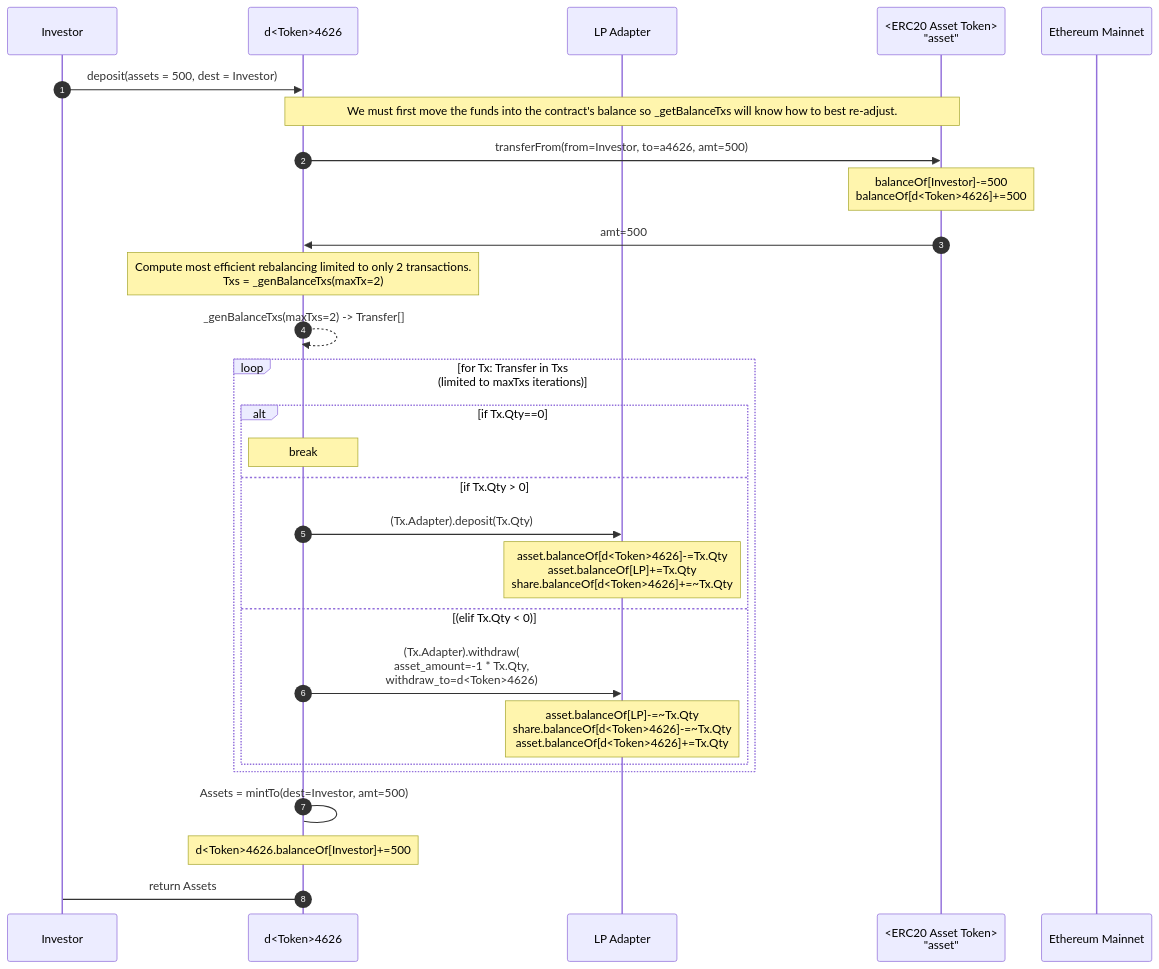
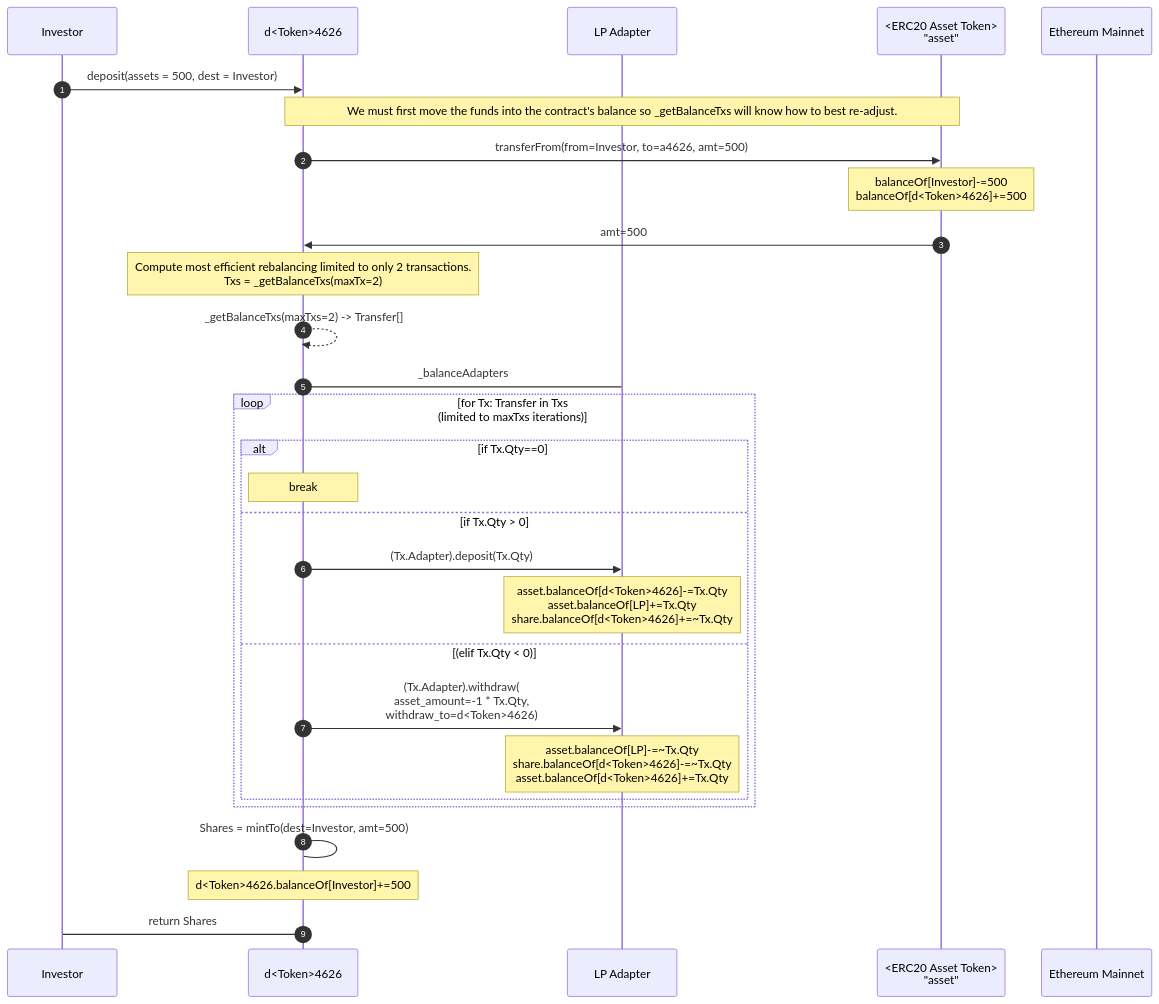
The first of 3 diagrams in docs/Dynamo4626.md (DynamoFinance/vault), drawn with Mermaid before and after one commit. The commit also changed other lines of this file, not shown here.

````diff
--- a/docs/Dynamo4626.md
+++ b/docs/Dynamo4626.md
@@ -50,43 +50,42 @@
 ```mermaid
 sequenceDiagram
     participant u as Investor
     participant a4626 as d<Token>4626
     participant lpa as LP Adapter
     participant asset as <ERC20 Asset Token><br>"asset"
     #participant lp as LP
     #participant share as <ERC20 LP Share>
     participant eth as Ethereum Mainnet
   
     autonumber
     u->>a4626:deposit(assets = 500, dest = Investor)
 
         note over a4626, asset: We must first move the funds into the contract's balance so _getBalanceTxs will know how to best re-adjust.     
         a4626->>asset: transferFrom(from=Investor, to=a4626, amt=500)
+
         Note over asset: balanceOf[Investor]-=500<br>balanceOf[d<Token>4626]+=500
         asset->>a4626: amt=500
       
-  
-        Note over a4626: Compute most efficient rebalancing limited to only 2 transactions.<br>Txs = _genBalanceTxs(maxTx=2)
-        a4626-->>a4626: _genBalanceTxs(maxTxs=2) -> Transfer[]
+        Note over a4626: Compute most efficient rebalancing limited to only 2 transactions.<br>Txs = _getBalanceTxs(maxTx=2)
+        a4626-->>a4626: _getBalanceTxs(maxTxs=2) -> Transfer[]
+        
+        a4626->lpa: _balanceAdapters
+
         loop for Tx: Transfer in Txs<br>(limited to maxTxs iterations)
             alt if Tx.Qty==0
                 note over a4626: break
             else if Tx.Qty > 0
                 a4626->>lpa: (Tx.Adapter).deposit(Tx.Qty)
                     note over lpa: asset.balanceOf[d<Token>4626]-=Tx.Qty<br>asset.balanceOf[LP]+=Tx.Qty<br>share.balanceOf[d<Token>4626]+=~Tx.Qty
                       
             else (elif Tx.Qty < 0)
                 a4626->>lpa: (Tx.Adapter).withdraw(<br>asset_amount=-1 * Tx.Qty,<br>withdraw_to=d<Token>4626)
                     note over lpa: asset.balanceOf[LP]-=~Tx.Qty<br>share.balanceOf[d<Token>4626]-=~Tx.Qty<br>asset.balanceOf[d<Token>4626]+=Tx.Qty
             end
         end
       
-        a4626->a4626: Assets = mintTo(dest=Investor, amt=500)
+        a4626->a4626: Shares = mintTo(dest=Investor, amt=500)
             note over a4626:d<Token>4626.balanceOf[Investor]+=500
       
-        a4626->u: return Assets
-      
-               
-  
-  
+        a4626->u: return Shares  
 ```
````
